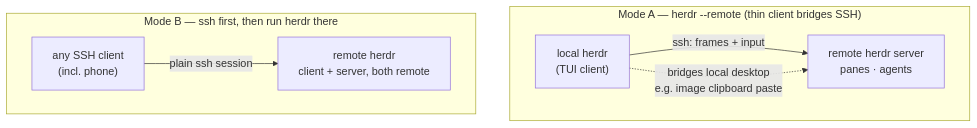
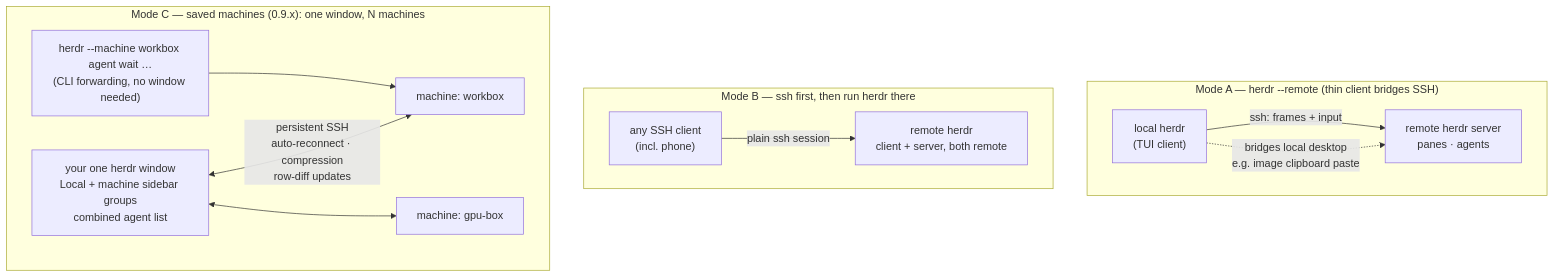
One commit to shaun-agent/herdr-map changed the tenth of 12 diagrams in README.md. Above: the diagram before and after it, drawn with Mermaid. The commit also changed other lines of this file, not shown here.

First line of the commit message:
Update map to herdr 0.9.3: saved machines (Mode C), self-reported agents, per-client UI

````diff
--- a/README.md
+++ b/README.md
@@ -318,12 +326,18 @@
 ```mermaid
 flowchart TB
     subgraph A["Mode A — herdr --remote (thin client bridges SSH)"]
         direction LR
         LA["local herdr<br/>(TUI client)"] -->|"ssh: frames + input"| RA["remote herdr server<br/>panes · agents"]
         LA -.->|"bridges local desktop<br/>e.g. image clipboard paste"| RA
     end
     subgraph B["Mode B — ssh first, then run herdr there"]
         direction LR
         LB["any SSH client<br/>(incl. phone)"] -->|"plain ssh session"| RB["remote herdr<br/>client + server, both remote"]
     end
+    subgraph C["Mode C — saved machines (0.9.x): one window, N machines"]
+        direction LR
+        LC["your one herdr window<br/>Local + machine sidebar groups<br/>combined agent list"] <-->|"persistent SSH<br/>auto-reconnect · compression<br/>row-diff updates"| RC1["machine: workbox"]
+        LC <--> RC2["machine: gpu-box"]
+        CLI["herdr --machine workbox agent wait …<br/>(CLI forwarding, no window needed)"] --> RC1
+    end
 ```
````
